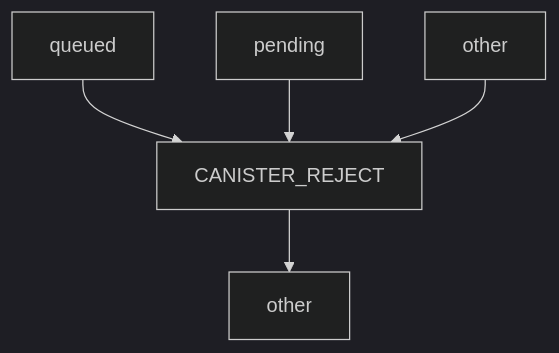
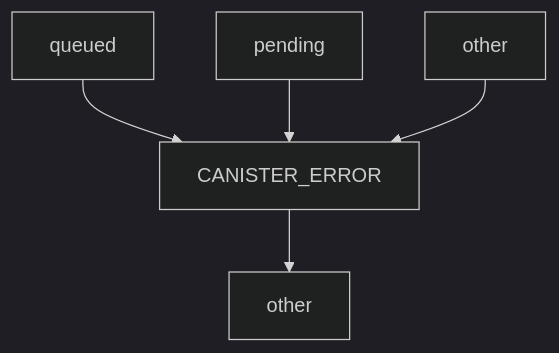
One commit to research-ag/hpl-io changed the third of 6 diagrams in README.md. Above: the diagram before and after it, drawn with Mermaid (dark theme). The commit also changed other lines of this file and 5 other files, not shown here.

````diff
--- a/README.md
+++ b/README.md
@@ -285,7 +295,7 @@
 ```mermaid
 flowchart TD
-queued --> X["CANISTER_REJECT"]
+queued --> X["CANISTER_ERROR"]
 pending --> X
 other --> X
 X --> O2[other]
 ``` 
````
